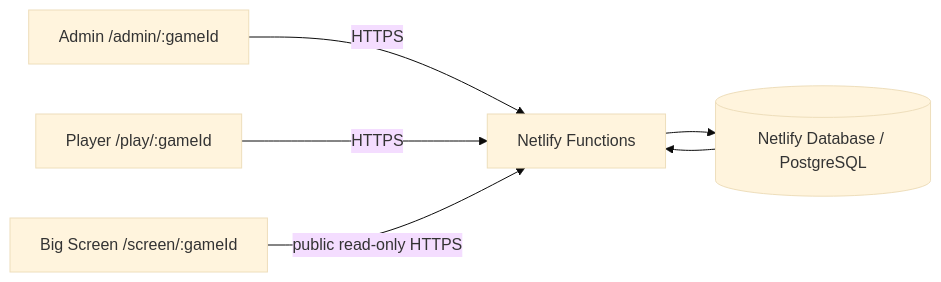
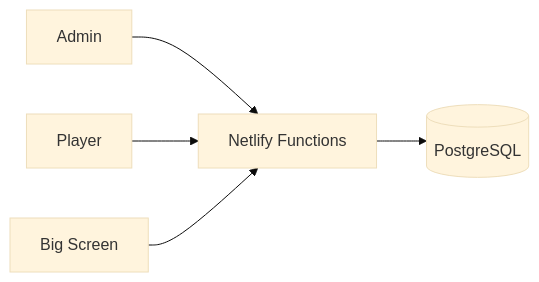
Before and after one commit to DaanHeijnen/Market-Mayhem: the first of 2 diagrams in docs/ARCHITECTURE.md, drawn with Mermaid (base theme). The commit also changed other lines of this file and 20449 other files, not shown here.

````diff
--- a/docs/ARCHITECTURE.md
+++ b/docs/ARCHITECTURE.md
@@ -7,8 +7,7 @@
 ```mermaid
 flowchart LR
-  A[Admin /admin/:gameId] -->|HTTPS| F[Netlify Functions]
-  P[Player /play/:gameId] -->|HTTPS| F
-  S[Big Screen /screen/:gameId] -->|public read-only HTTPS| F
-  F --> D[(Netlify Database / PostgreSQL)]
-  D --> F
+  A[Admin] --> F[Netlify Functions]
+  P[Player] --> F
+  S[Big Screen] --> F
+  F --> D[(PostgreSQL)]
 ```
````
